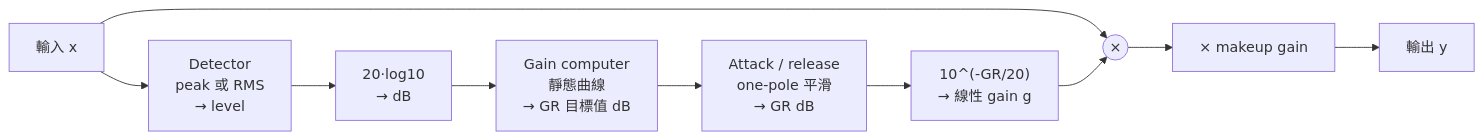
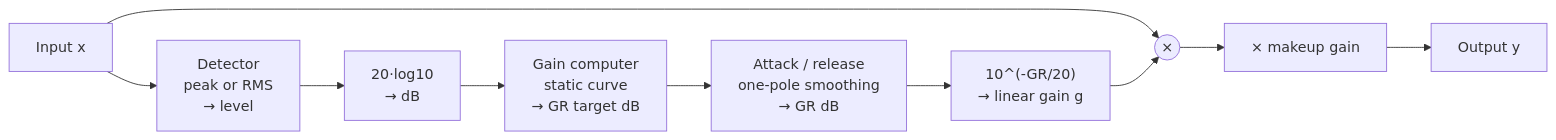
The diagram in lessons/04-compressor/README.md (TomHsieh300/DAW-for-fun), drawn with Mermaid before and after one commit. The commit also changed other lines of this file and 24 other files, not shown here.

````diff
--- a/lessons/04-compressor/README.md
+++ b/lessons/04-compressor/README.md
@@ -36,11 +38,11 @@
 ```mermaid
 flowchart LR
-    X["輸入 x"] --> D["Detector<br/>peak 或 RMS<br/>→ level"]
+    X["Input x"] --> D["Detector<br/>peak or RMS<br/>→ level"]
     D --> L["20·log10<br/>→ dB"]
-    L --> G["Gain computer<br/>靜態曲線<br/>→ GR 目標值 dB"]
-    G --> S["Attack / release<br/>one-pole 平滑<br/>→ GR dB"]
-    S --> E["10^(-GR/20)<br/>→ 線性 gain g"]
+    L --> G["Gain computer<br/>static curve<br/>→ GR target dB"]
+    G --> S["Attack / release<br/>one-pole smoothing<br/>→ GR dB"]
+    S --> E["10^(-GR/20)<br/>→ linear gain g"]
     X --> M(("×"))
     E --> M
-    M --> K["× makeup gain"] --> Y["輸出 y"]
+    M --> K["× makeup gain"] --> Y["Output y"]
 ```
````
